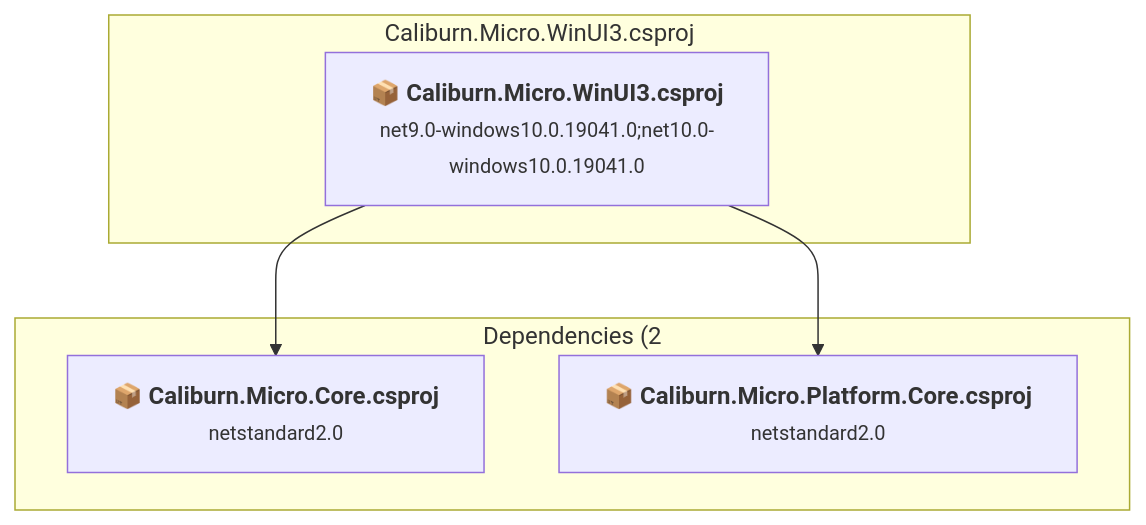
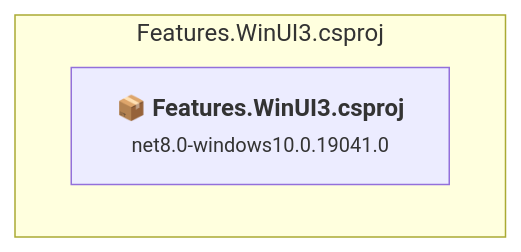
One commit to gerfen/Caliburn.Micro changed the seventh of 8 diagrams in .github/upgrades/scenarios/dotnet-version-upgrade/assessment.md. Above: the diagram before and after it, drawn with Mermaid. The commit also changed other lines of this file and 16 other files, not shown here.

````diff
--- a/.github/upgrades/scenarios/dotnet-version-upgrade/assessment.md
+++ b/.github/upgrades/scenarios/dotnet-version-upgrade/assessment.md
@@ -769,16 +380,8 @@
 ```mermaid
 flowchart TB
-    subgraph current["Caliburn.Micro.WinUI3.csproj"]
-        MAIN["<b>📦&nbsp;Caliburn.Micro.WinUI3.csproj</b><br/><small>net9.0-windows10.0.19041.0;net10.0-windows10.0.19041.0</small>"]
-        click MAIN "#caliburnmicrowinui3caliburnmicrowinui3csproj"
+    subgraph current["Features.WinUI3.csproj"]
+        MAIN["<b>📦&nbsp;Features.WinUI3.csproj</b><br/><small>net8.0-windows10.0.19041.0</small>"]
+        click MAIN "#featureswinui3featureswinui3csproj"
     end
-    subgraph downstream["Dependencies (2"]
-        P1["<b>📦&nbsp;Caliburn.Micro.Core.csproj</b><br/><small>netstandard2.0</small>"]
-        P5["<b>📦&nbsp;Caliburn.Micro.Platform.Core.csproj</b><br/><small>netstandard2.0</small>"]
-        click P1 "#caliburnmicrocorecaliburnmicrocorecsproj"
-        click P5 "#caliburnmicroplatformcorecaliburnmicroplatformcorecsproj"
-    end
-    MAIN --> P1
-    MAIN --> P5
 
 ```
````
